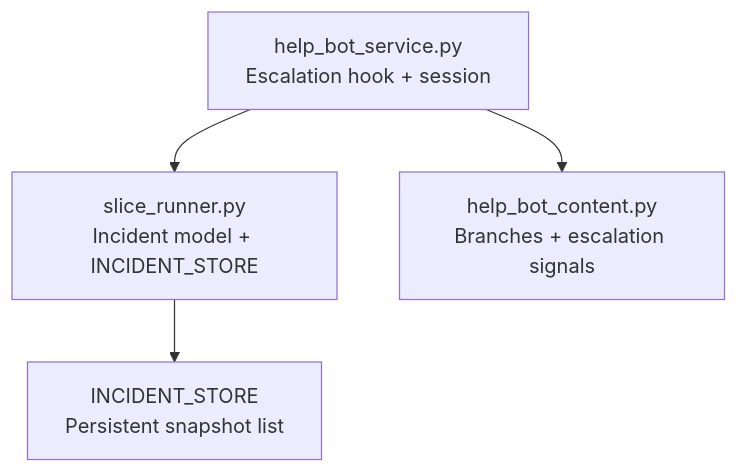
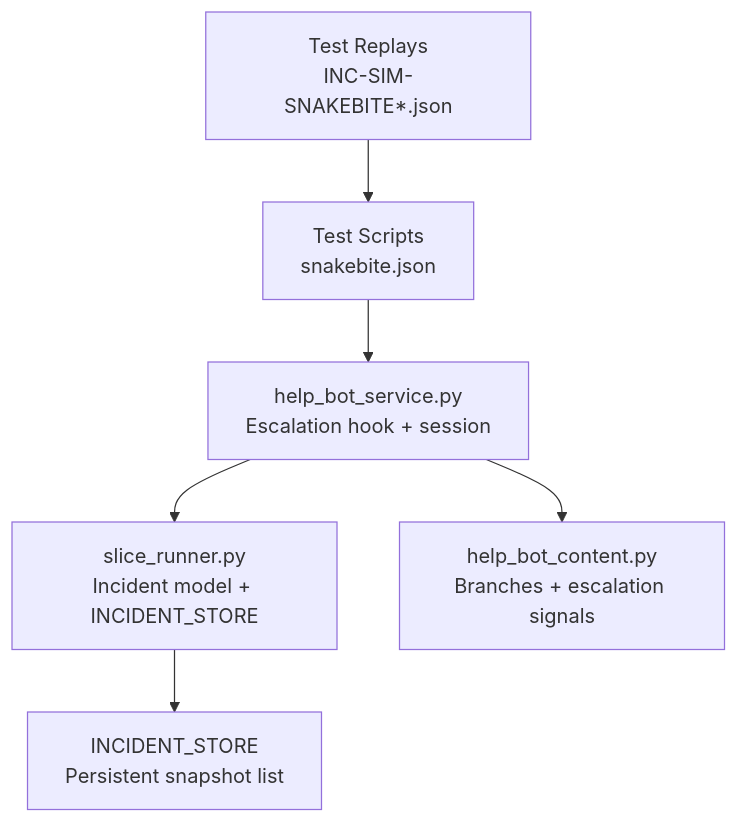
The first of 5 diagrams in .qoder/repowiki/en/content/Responder Help Bot/Escalation Handling & Incident Updates.md (M-Rumman/LifeLine-Ride), drawn with Mermaid before and after one commit. The commit also changed other lines of this file and 4121 other files, not shown here.

````diff
--- a/.qoder/repowiki/en/content/Responder Help Bot/Escalation Handling & Incident Updates.md
+++ b/.qoder/repowiki/en/content/Responder Help Bot/Escalation Handling & Incident Updates.md
@@ -28,6 +38,8 @@
 ```mermaid
 graph TB
 A["help_bot_service.py<br/>Escalation hook + session"] --> B["slice_runner.py<br/>Incident model + INCIDENT_STORE"]
 A --> C["help_bot_content.py<br/>Branches + escalation signals"]
 B --> D["INCIDENT_STORE<br/>Persistent snapshot list"]
+E["Test Scripts<br/>snakebite.json"] --> A
+F["Test Replays<br/>INC-SIM-SNAKEBITE*.json"] --> E
 ```
````
